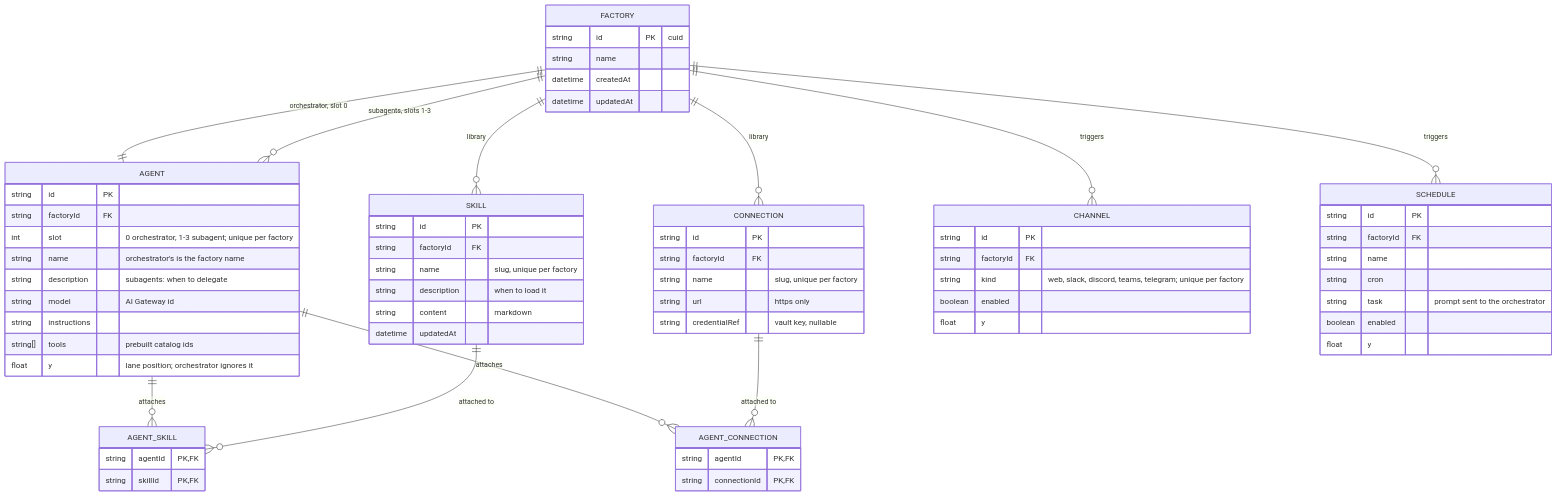
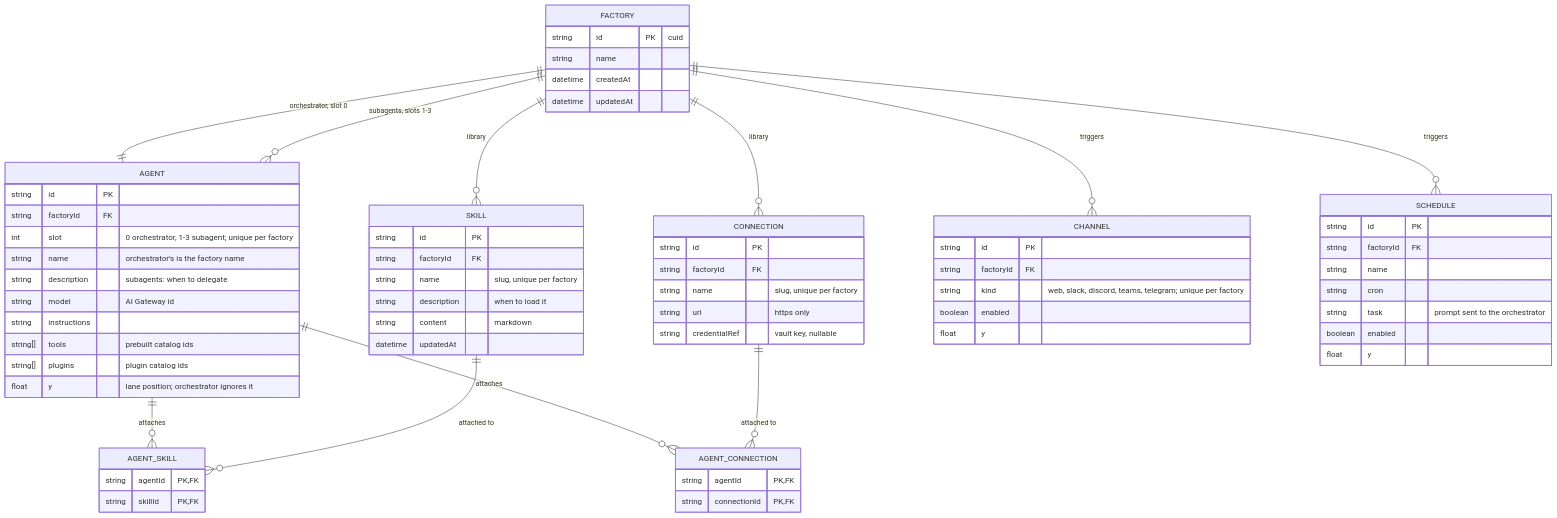
Before and after one commit to riley-zammit/Eve-Foundry: the first of 3 diagrams in architecture.md, drawn with Mermaid. The commit also changed other lines of this file and 17 other files, not shown here.

````diff
--- a/architecture.md
+++ b/architecture.md
@@ -82,70 +83,71 @@
 ```mermaid
 erDiagram
     FACTORY ||--|| AGENT : "orchestrator, slot 0"
     FACTORY ||--o{ AGENT : "subagents, slots 1-3"
     FACTORY ||--o{ SKILL : library
     FACTORY ||--o{ CONNECTION : library
     FACTORY ||--o{ CHANNEL : triggers
     FACTORY ||--o{ SCHEDULE : triggers
     AGENT ||--o{ AGENT_SKILL : attaches
     SKILL ||--o{ AGENT_SKILL : "attached to"
     AGENT ||--o{ AGENT_CONNECTION : attaches
     CONNECTION ||--o{ AGENT_CONNECTION : "attached to"
 
     FACTORY {
         string id PK "cuid"
         string name
         datetime createdAt
         datetime updatedAt
     }
     AGENT {
         string id PK
         string factoryId FK
         int slot "0 orchestrator, 1-3 subagent; unique per factory"
         string name "orchestrator's is the factory name"
         string description "subagents: when to delegate"
         string model "AI Gateway id"
         string instructions
         string[] tools "prebuilt catalog ids"
+        string[] plugins "plugin catalog ids"
         float y "lane position; orchestrator ignores it"
     }
     SKILL {
         string id PK
         string factoryId FK
         string name "slug, unique per factory"
         string description "when to load it"
         string content "markdown"
         datetime updatedAt
     }
     CONNECTION {
         string id PK
         string factoryId FK
         string name "slug, unique per factory"
         string url "https only"
         string credentialRef "vault key, nullable"
     }
     AGENT_SKILL {
         string agentId PK, FK
         string skillId PK, FK
     }
     AGENT_CONNECTION {
         string agentId PK, FK
         string connectionId PK, FK
     }
     CHANNEL {
         string id PK
         string factoryId FK
         string kind "web, slack, discord, teams, telegram; unique per factory"
         boolean enabled
         float y
     }
     SCHEDULE {
         string id PK
         string factoryId FK
         string name
         string cron
         string task "prompt sent to the orchestrator"
         boolean enabled
         float y
     }
 ```
````
